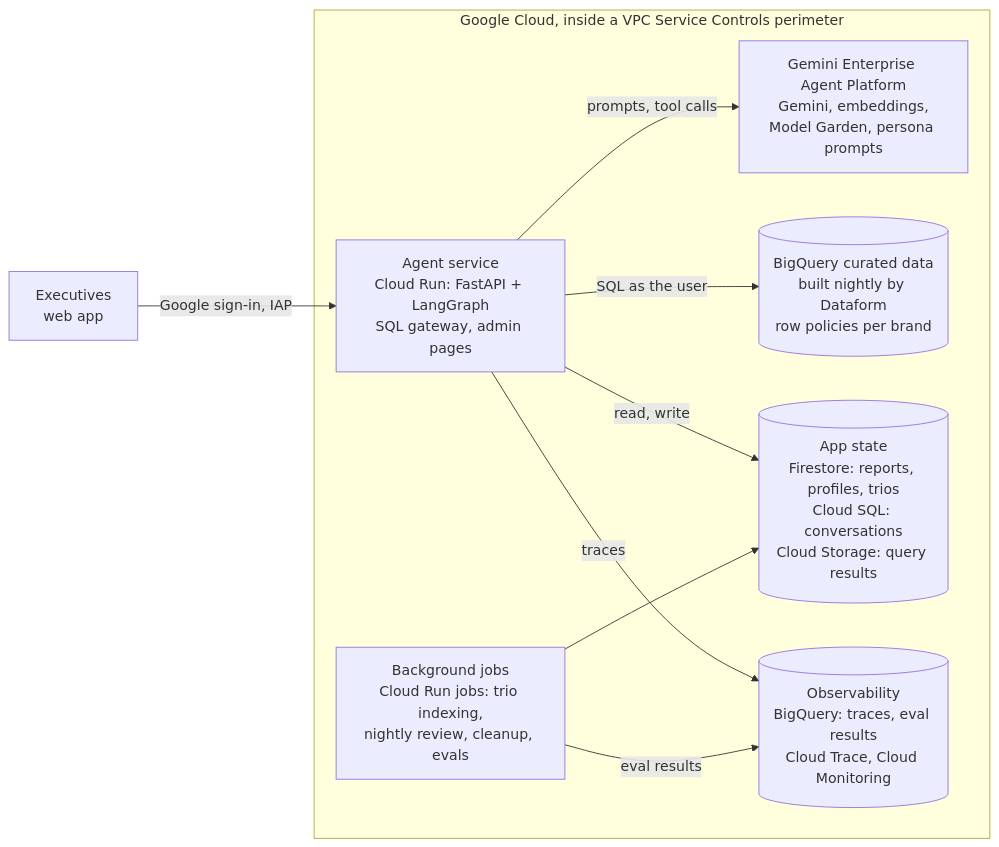
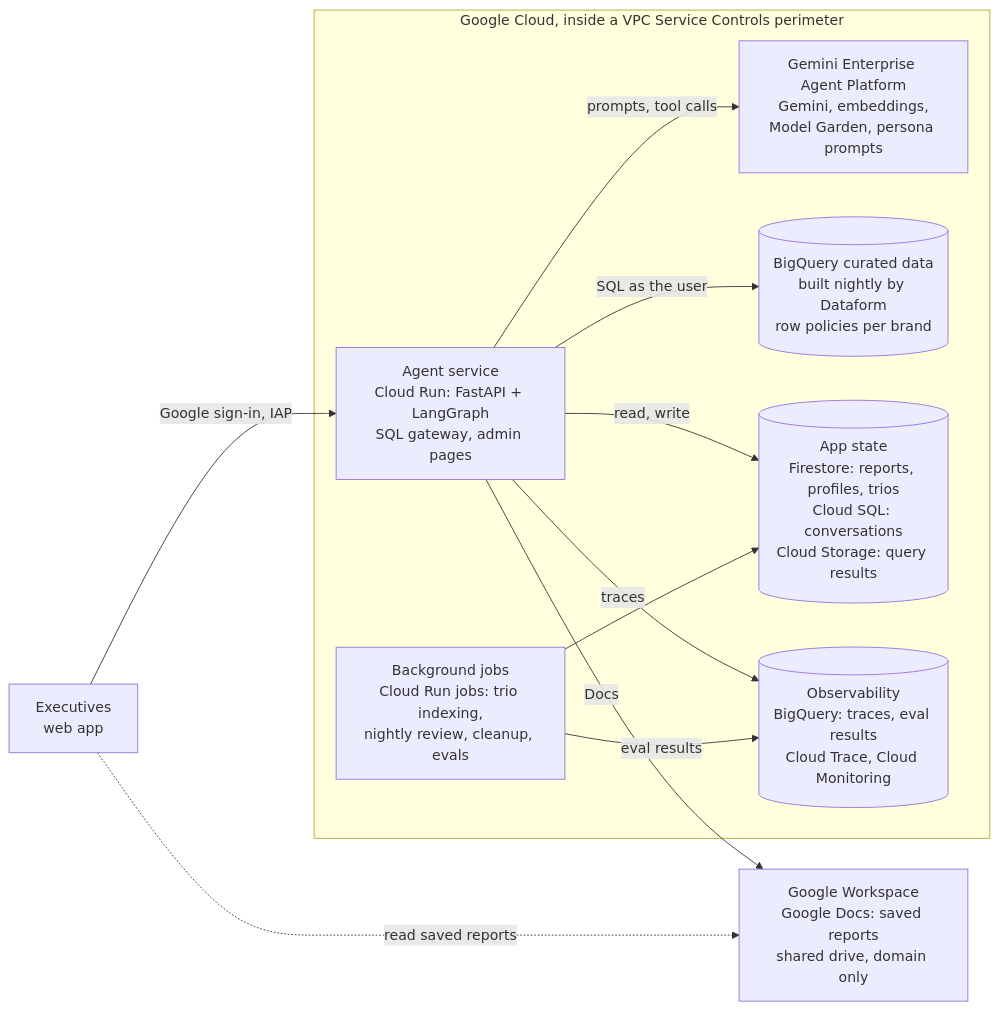
One commit to dsweeney1403/technical-assessment-opsfleet changed the first of 2 diagrams in docs/architecture.md. Above: the diagram before and after it, drawn with Mermaid. The commit also changed other lines of this file and 1 other file, not shown here.

Commit message:
Architecture: saved reports as Google Docs in the diagram, outside the VPC Service Controls perimeter

````diff
--- a/docs/architecture.md
+++ b/docs/architecture.md
@@ -11,21 +11,24 @@
 ```mermaid
 flowchart LR
     U["Executives<br/>web app"]
+    W["Google Workspace<br/>Google Docs: saved reports<br/>shared drive, domain only"]
 
     subgraph GCP["Google Cloud, inside a VPC Service Controls perimeter"]
         S["Agent service<br/>Cloud Run: FastAPI + LangGraph<br/>SQL gateway, admin pages"]
         J["Background jobs<br/>Cloud Run jobs: trio indexing,<br/>nightly review, cleanup, evals"]
         M["Gemini Enterprise Agent Platform<br/>Gemini, embeddings,<br/>Model Garden, persona prompts"]
         D[("BigQuery curated data<br/>built nightly by Dataform<br/>row policies per brand")]
         A[("App state<br/>Firestore: reports, profiles, trios<br/>Cloud SQL: conversations<br/>Cloud Storage: query results")]
         O[("Observability<br/>BigQuery: traces, eval results<br/>Cloud Trace, Cloud Monitoring")]
     end
 
     U -->|"Google sign-in, IAP"| S
+    U -.->|"read saved reports"| W
     S -->|"prompts, tool calls"| M
     S -->|"SQL as the user"| D
     S -->|"read, write"| A
+    S -->|"Docs"| W
     S -->|"traces"| O
     J --> A
     J -->|"eval results"| O
 ```
````
